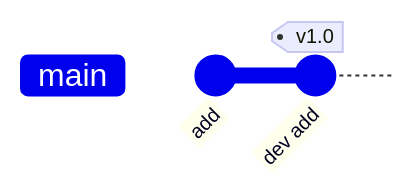
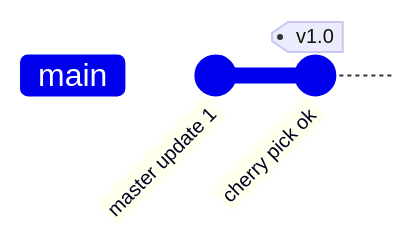
Before and after one commit to dmjcb/dmjcb.github.io: diagram 12 of 14 in _posts/software/git/2024-09-24-命令.md, drawn with Mermaid. The commit also changed other lines of this file and 138 other files, not shown here.

Commit message:
修改git博客图片

````diff
--- a/_posts/software/git/2024-09-24-命令.md
+++ b/_posts/software/git/2024-09-24-命令.md
@@ -625,5 +748,5 @@
 ```mermaid
 gitGraph
-    commit id: "add"
-    commit id: "dev add" tag: "v1.0"
+    commit id: "master update 1"
+    commit id: "cherry pick ok" tag: "v1.0"
 ```
````
